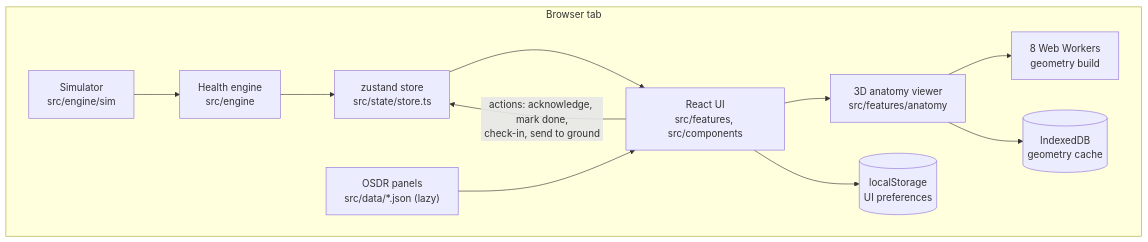
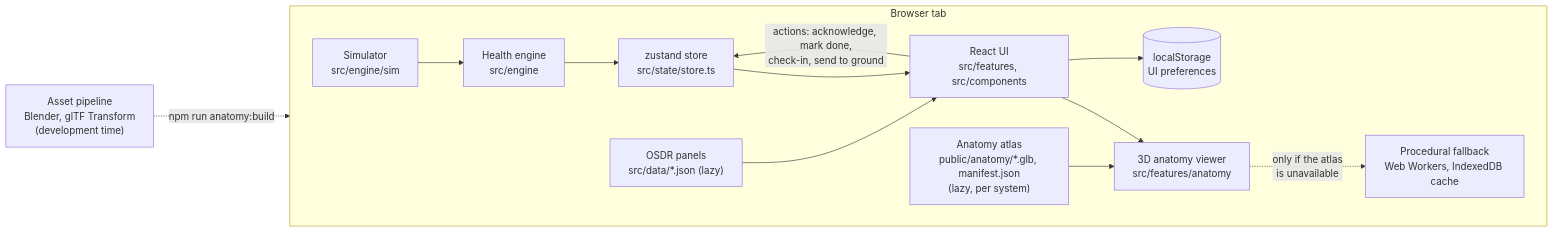
The second of 3 diagrams in docs-site/architecture/overview.md (Gabrieldiv/astronaut-health-intelligence-platform), drawn with Mermaid before and after one commit. The commit also changed other lines of this file and 68 other files, not shown here.

````diff
--- a/docs-site/architecture/overview.md
+++ b/docs-site/architecture/overview.md
@@ -43,15 +43,16 @@
 ```mermaid
 flowchart LR
     subgraph TAB["Browser tab"]
       direction LR
       SIM["Simulator<br/>src/engine/sim"] --> ENG["Health engine<br/>src/engine"]
       ENG --> STORE["zustand store<br/>src/state/store.ts"]
       STORE --> UI["React UI<br/>src/features, src/components"]
       UI -- "actions: acknowledge, mark done,<br/>check-in, send to ground" --> STORE
       UI --> VIEW["3D anatomy viewer<br/>src/features/anatomy"]
-      VIEW --> WRK["8 Web Workers<br/>geometry build"]
-      VIEW --> IDB[("IndexedDB<br/>geometry cache")]
+      ATLAS["Anatomy atlas<br/>public/anatomy/*.glb, manifest.json<br/>(lazy, per system)"] --> VIEW
+      VIEW -. "only if the atlas<br/>is unavailable" .-> FB["Procedural fallback<br/>Web Workers, IndexedDB cache"]
       UI --> LS[("localStorage<br/>UI preferences")]
       DATA["OSDR panels<br/>src/data/*.json (lazy)"] --> UI
     end
+    PIPE["Asset pipeline<br/>Blender, glTF Transform<br/>(development time)"] -. "npm run anatomy:build" .-> ATLAS
 ```
````
